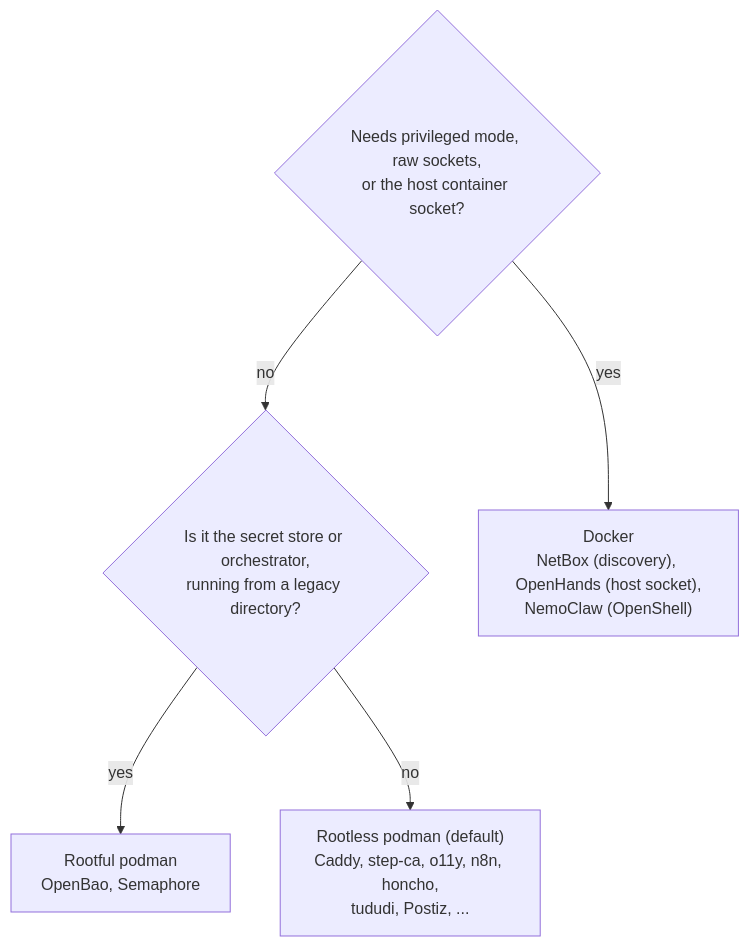
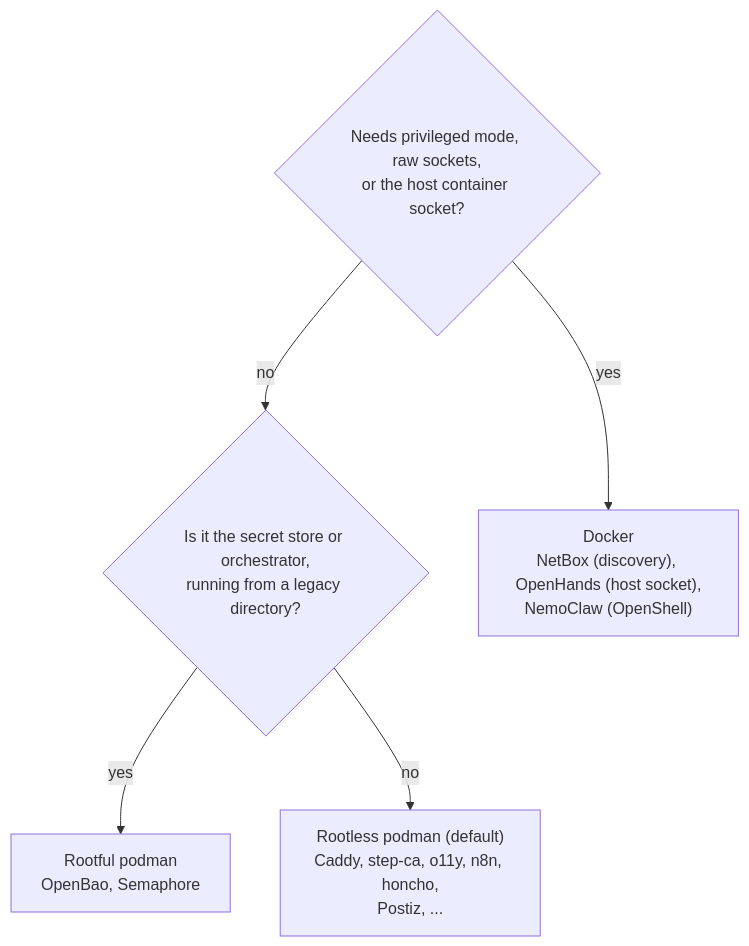
One commit to uhstray-io/agent-cloud changed the eighth of 10 diagrams in plan/architecture/service-architecture.md. Above: the diagram before and after it, drawn with Mermaid. The commit also changed other lines of this file and 14 other files, not shown here.

````diff
--- a/plan/architecture/service-architecture.md
+++ b/plan/architecture/service-architecture.md
@@ -428,12 +424,12 @@
 ```mermaid
 flowchart TD
     Q1{"Needs privileged mode, raw sockets,<br/>or the host container socket?"}
     Q2{"Is it the secret store or orchestrator,<br/>running from a legacy directory?"}
     DOCKER["Docker<br/>NetBox (discovery), OpenHands (host socket),<br/>NemoClaw (OpenShell)"]
     ROOTFUL["Rootful podman<br/>OpenBao, Semaphore"]
-    ROOTLESS["Rootless podman (default)<br/>Caddy, step-ca, o11y, n8n, honcho,<br/>tududi, Postiz, ..."]
+    ROOTLESS["Rootless podman (default)<br/>Caddy, step-ca, o11y, n8n, honcho,<br/>Postiz, ..."]
     Q1 -->|"yes"| DOCKER
     Q1 -->|"no"| Q2
     Q2 -->|"yes"| ROOTFUL
     Q2 -->|"no"| ROOTLESS
 ```
````
